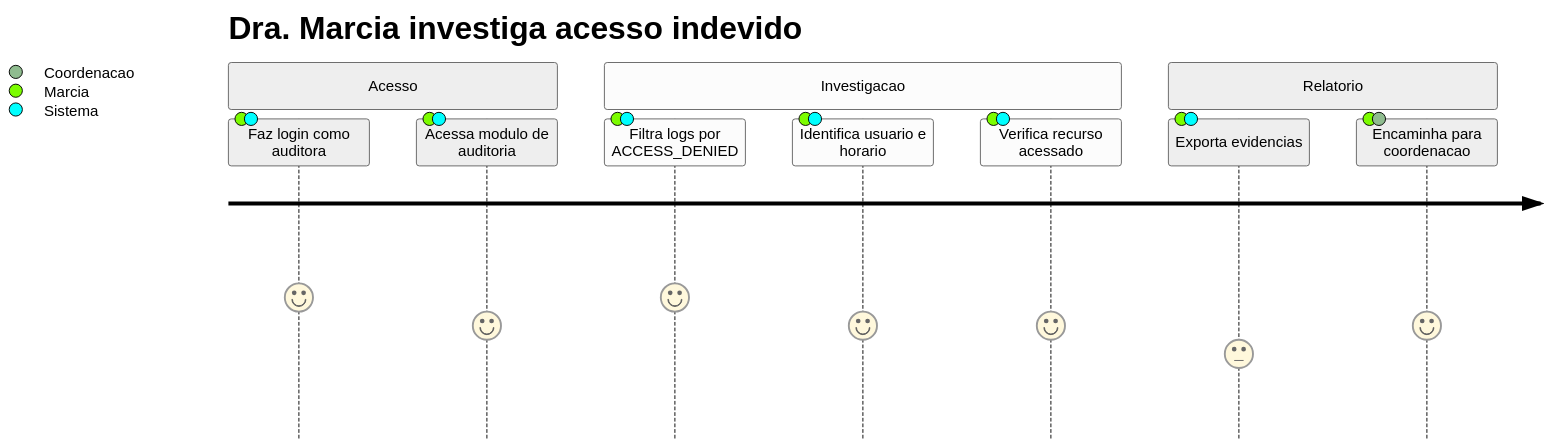
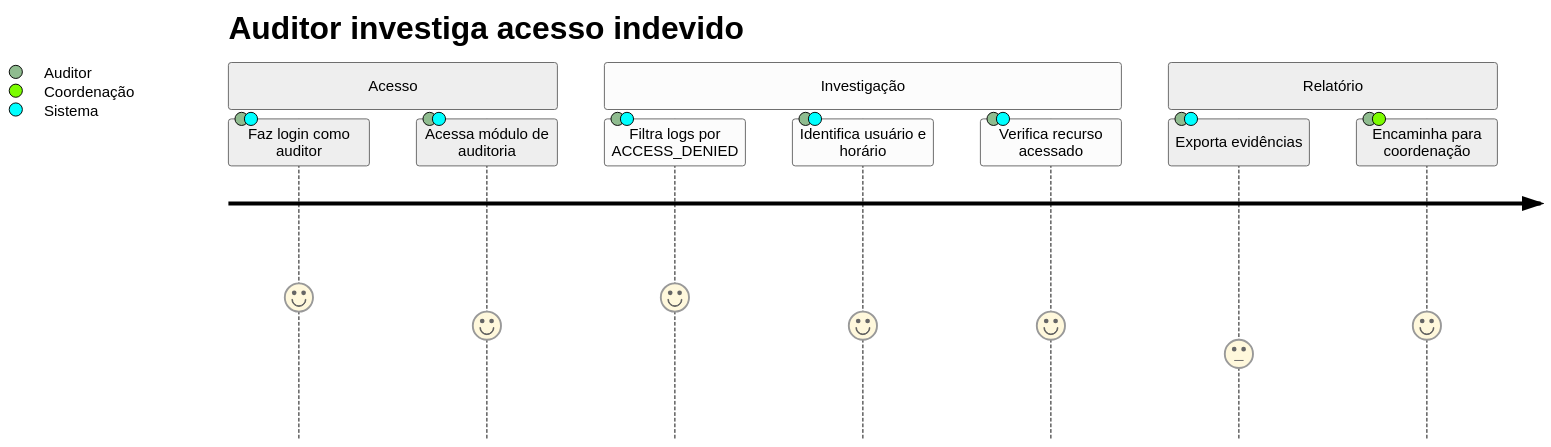
Before and after one commit to pedrohpsantos/EdTech: the third of 3 diagrams in docs/produto/estrategia_e_descoberta/jornadas.md, drawn with Mermaid (neutral theme). The commit also changed other lines of this file and 9 other files, not shown here.

````diff
--- a/docs/produto/estrategia_e_descoberta/jornadas.md
+++ b/docs/produto/estrategia_e_descoberta/jornadas.md
@@ -80,14 +80,14 @@
 ```mermaid
 journey
-    title Dra. Marcia investiga acesso indevido
+    title Auditor investiga acesso indevido
     section Acesso
-        Faz login como auditora: 5: Marcia, Sistema
-        Acessa modulo de auditoria: 4: Marcia, Sistema
-    section Investigacao
-        Filtra logs por ACCESS_DENIED: 5: Marcia, Sistema
-        Identifica usuario e horario: 4: Marcia, Sistema
-        Verifica recurso acessado: 4: Marcia, Sistema
-    section Relatorio
-        Exporta evidencias: 3: Marcia, Sistema
-        Encaminha para coordenacao: 4: Marcia, Coordenacao
+        Faz login como auditor: 5: Auditor, Sistema
+        Acessa módulo de auditoria: 4: Auditor, Sistema
+    section Investigação
+        Filtra logs por ACCESS_DENIED: 5: Auditor, Sistema
+        Identifica usuário e horário: 4: Auditor, Sistema
+        Verifica recurso acessado: 4: Auditor, Sistema
+    section Relatório
+        Exporta evidências: 3: Auditor, Sistema
+        Encaminha para coordenação: 4: Auditor, Coordenação
 ```
````
